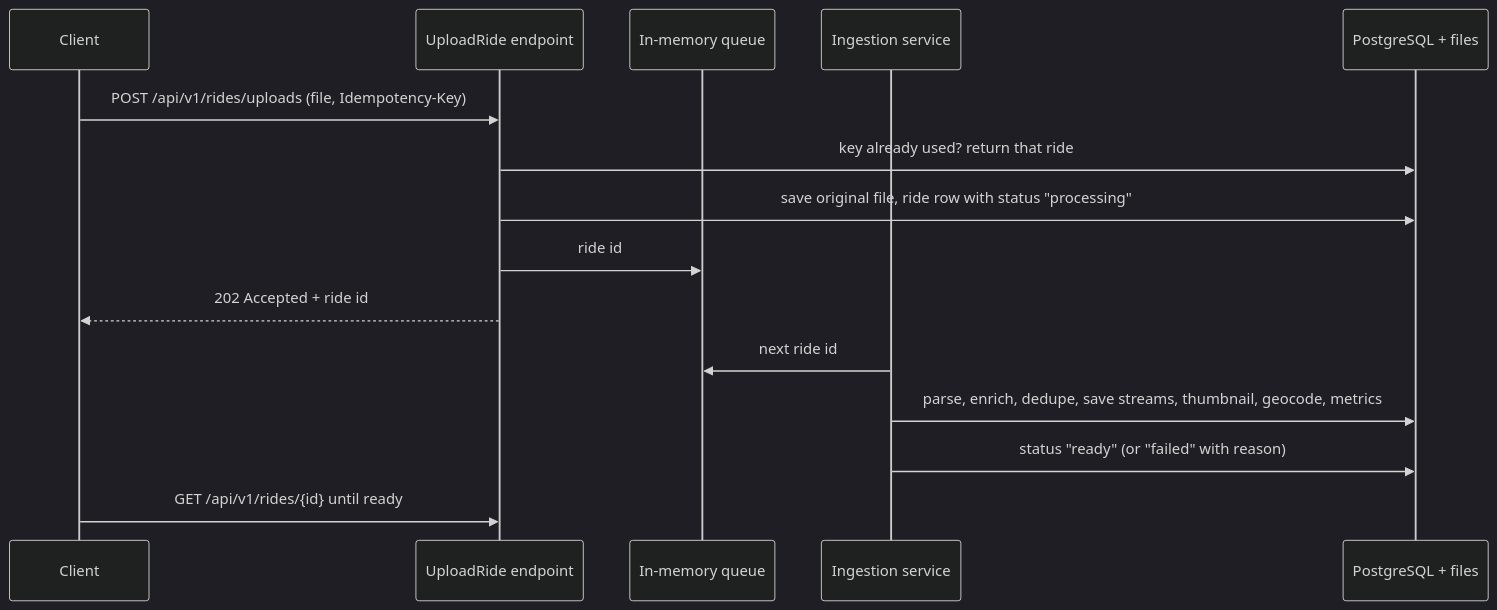
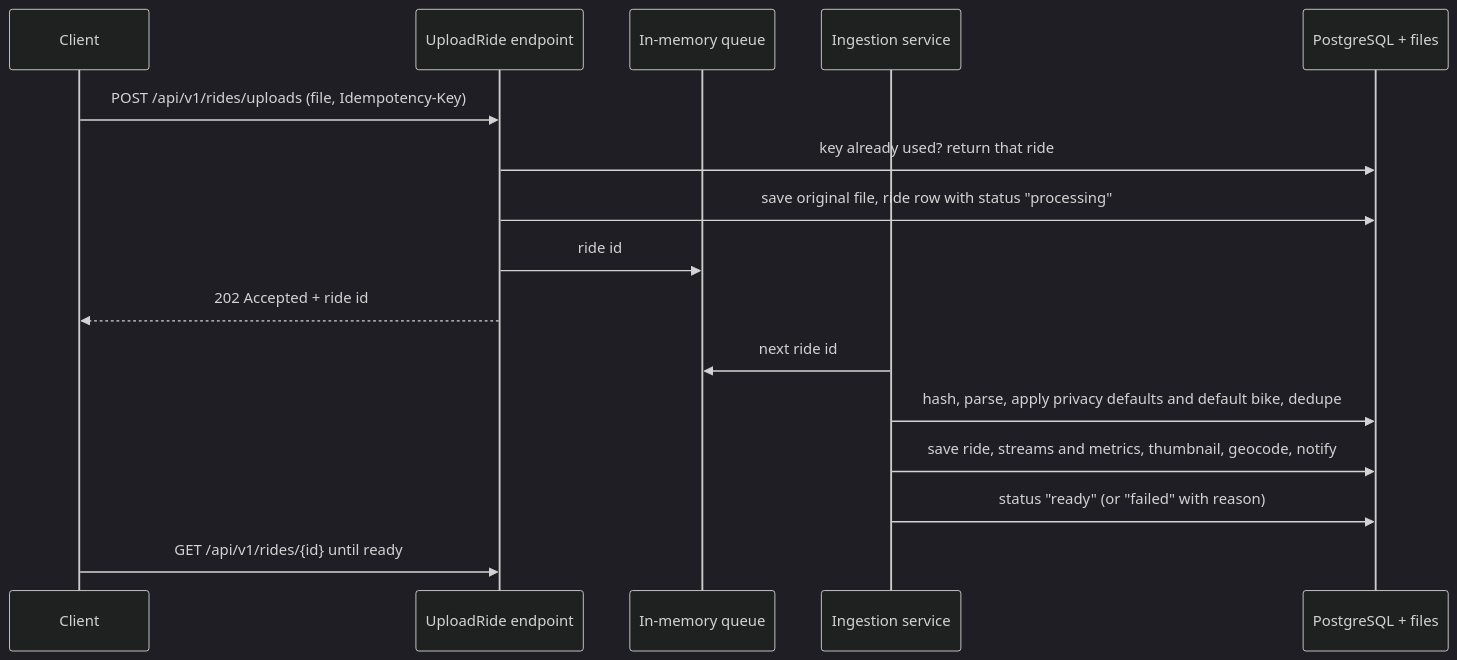
Before and after one commit to zenkraker/Velomine: the second of 4 diagrams in docs/architecture.md, drawn with Mermaid (dark theme). The commit also changed other lines of this file and 1 other file, not shown here.

First line of the commit message:
Add Endurain code findings to the architecture doc

````diff
--- a/docs/architecture.md
+++ b/docs/architecture.md
@@ -90,18 +90,19 @@
 ```mermaid
 sequenceDiagram
   participant C as Client
   participant E as UploadRide endpoint
   participant Q as In-memory queue
   participant W as Ingestion service
   participant S as PostgreSQL + files
 
   C->>E: POST /api/v1/rides/uploads (file, Idempotency-Key)
   E->>S: key already used? return that ride
   E->>S: save original file, ride row with status "processing"
   E->>Q: ride id
   E-->>C: 202 Accepted + ride id
   W->>Q: next ride id
-  W->>S: parse, enrich, dedupe, save streams, thumbnail, geocode, metrics
+  W->>S: hash, parse, apply privacy defaults and default bike, dedupe
+  W->>S: save ride, streams and metrics, thumbnail, geocode, notify
   W->>S: status "ready" (or "failed" with reason)
   C->>E: GET /api/v1/rides/{id} until ready
 ```
````
